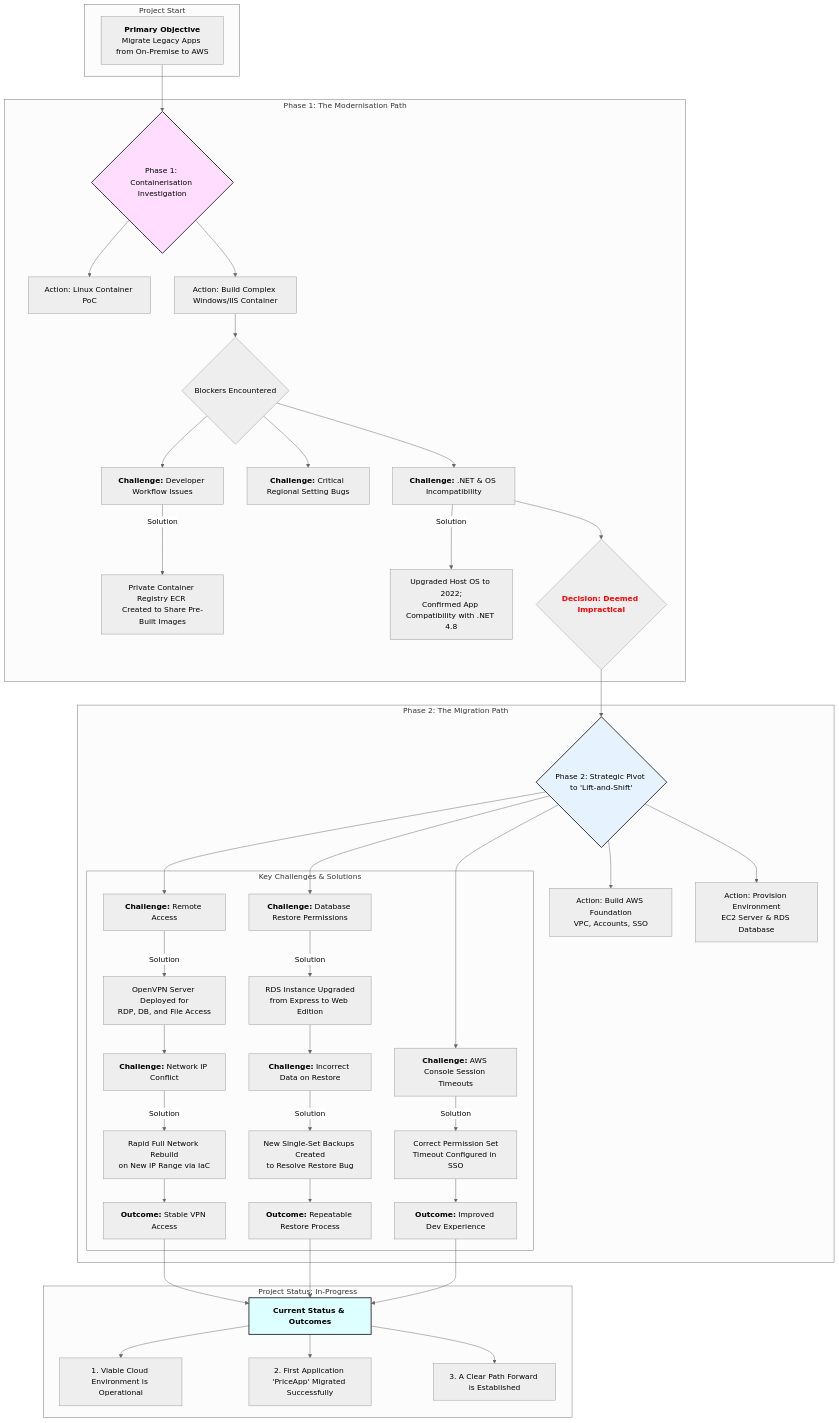
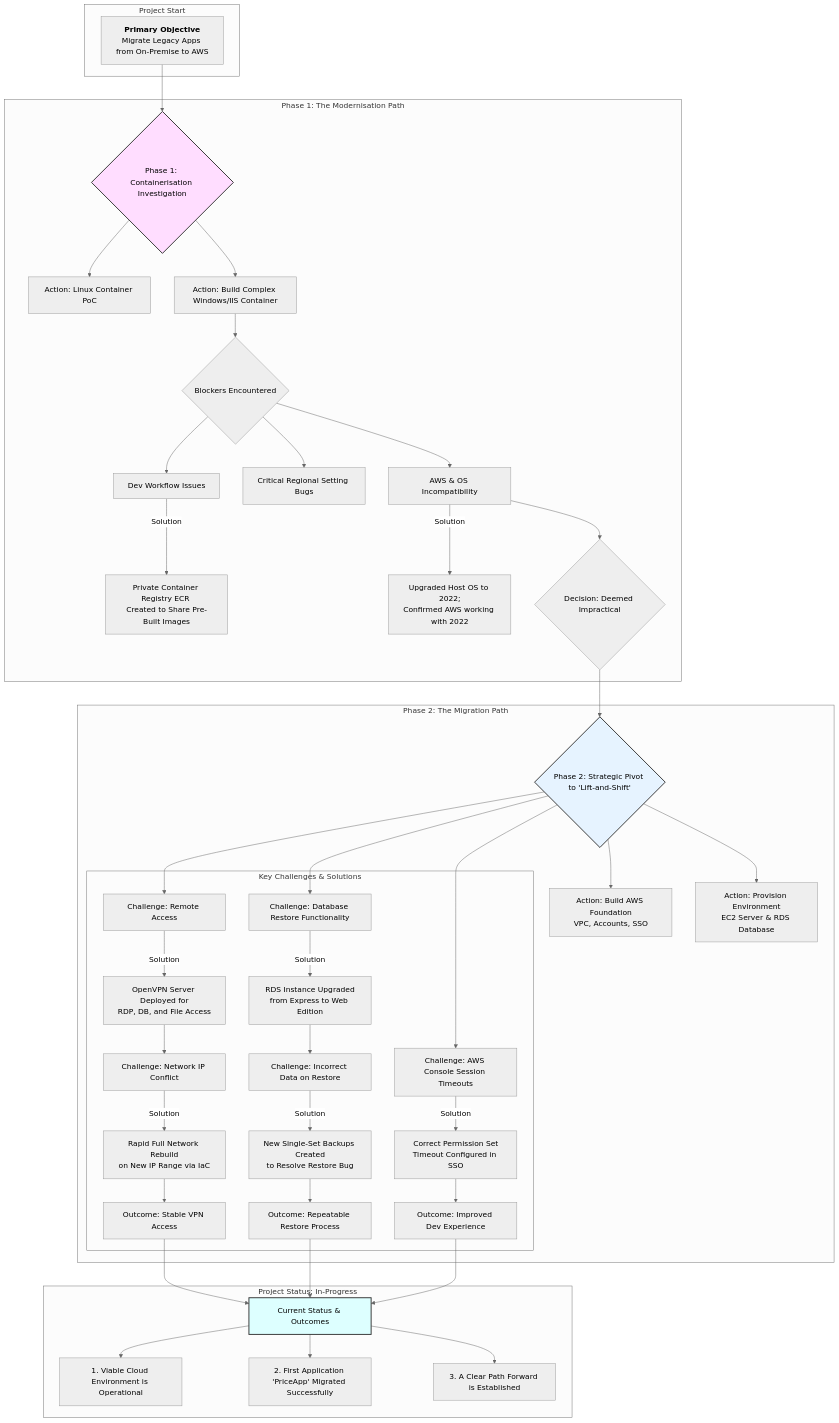
The diagram in README.md (oscarmiike/curly-parakeet), drawn with Mermaid (neutral theme) before and after one commit. The commit also changed other lines of this file, not shown here.

````diff
--- a/README.md
+++ b/README.md
@@ -38,55 +76,55 @@
 ```mermaid
 graph TD
     subgraph "Project Start"
         A[<b>Primary Objective</b><br/>Migrate Legacy Apps from On-Premise to AWS]
     end
 
     A --> B{Phase 1: Containerisation Investigation};
 
     subgraph "Phase 1: The Modernisation Path"
         style B fill:#fdf,stroke:#333,stroke-width:2px
         B --> C[Action: Linux Container PoC]
         B --> D[Action: Build Complex Windows/IIS Container]
         D --> E{Blockers Encountered}
-        E --> F[<b>Challenge:</b> Developer Workflow Issues]
+        E --> F[Dev Workflow Issues]
         F -- Solution --> F1[Private Container Registry ECR <br/>Created to Share Pre-Built Images]
         
-        E --> G[<b>Challenge:</b> Critical Regional Setting Bugs]
+        E --> G[Critical Regional Setting Bugs]
         
-        E --> H[<b>Challenge:</b> .NET & OS Incompatibility]
-        H -- Solution --> H1[Upgraded Host OS to 2022;<br/>Confirmed App Compatibility with .NET 4.8]
+        E --> H[AWS & OS Incompatibility]
+        H -- Solution --> H1[Upgraded Host OS to 2022;<br/>Confirmed AWS working with 2022]
 
-        H --> I{<font color=red><b>Decision: Deemed Impractical</b></font>};
+        H --> I{Decision: Deemed Impractical};
     end
 
     I --> J{Phase 2: Strategic Pivot to 'Lift-and-Shift'};
 
     subgraph "Phase 2: The Migration Path"
         style J fill:#e6f3ff,stroke:#333,stroke-width:2px
         J --> K[Action: Build AWS Foundation<br/>VPC, Accounts, SSO]
         J --> L[Action: Provision Environment<br/>EC2 Server & RDS Database]
         
         subgraph "Key Challenges & Solutions"
-            M[<b>Challenge:</b> Remote Access] -- Solution --> MA[OpenVPN Server Deployed for<br/>RDP, DB, and File Access] --> N[<b>Challenge:</b> Network IP Conflict]
-            N -- Solution --> N1[Rapid Full Network Rebuild<br/>on New IP Range via IaC] --> O[<b>Outcome:</b> Stable VPN Access]
+            M[Challenge: Remote Access] -- Solution --> MA[OpenVPN Server Deployed for<br/>RDP, DB, and File Access] --> N[Challenge: Network IP Conflict]
+            N -- Solution --> N1[Rapid Full Network Rebuild<br/>on New IP Range via IaC] --> O[Outcome: Stable VPN Access]
             
-            P[<b>Challenge:</b> Database Restore Permissions] -- Solution --> PA[RDS Instance Upgraded<br/>from Express to Web Edition] --> Q[<b>Challenge:</b> Incorrect Data on Restore]
-            Q -- Solution --> Q1[New Single-Set Backups Created<br/>to Resolve Restore Bug] --> R[<b>Outcome:</b> Repeatable Restore Process]
+            P[Challenge: Database Restore Functionality] -- Solution --> PA[RDS Instance Upgraded<br/>from Express to Web Edition] --> Q[Challenge: Incorrect Data on Restore]
+            Q -- Solution --> Q1[New Single-Set Backups Created<br/>to Resolve Restore Bug] --> R[Outcome: Repeatable Restore Process]
             
-            S[<b>Challenge:</b> AWS Console Session Timeouts] -- Solution --> SA[Correct Permission Set<br/>Timeout Configured in SSO] --> T[<b>Outcome:</b> Improved Dev Experience]
+            S[Challenge: AWS Console Session Timeouts] -- Solution --> SA[Correct Permission Set<br/>Timeout Configured in SSO] --> T[Outcome: Improved Dev Experience]
         end
 
         J --> M
         J --> P
         J --> S
     end
 
-    O & R & T --> U[<b>Current Status & Outcomes</b>];
+    O & R & T --> U[Current Status & Outcomes];
 
     subgraph "Project Status: In-Progress"
         style U fill:#dff,stroke:#333,stroke-width:2px
         U --> V[1. Viable Cloud Environment is Operational]
         U --> W[2. First Application 'PriceApp' Migrated Successfully]
         U --> X[3. A Clear Path Forward is Established]
     end
 ```
````
